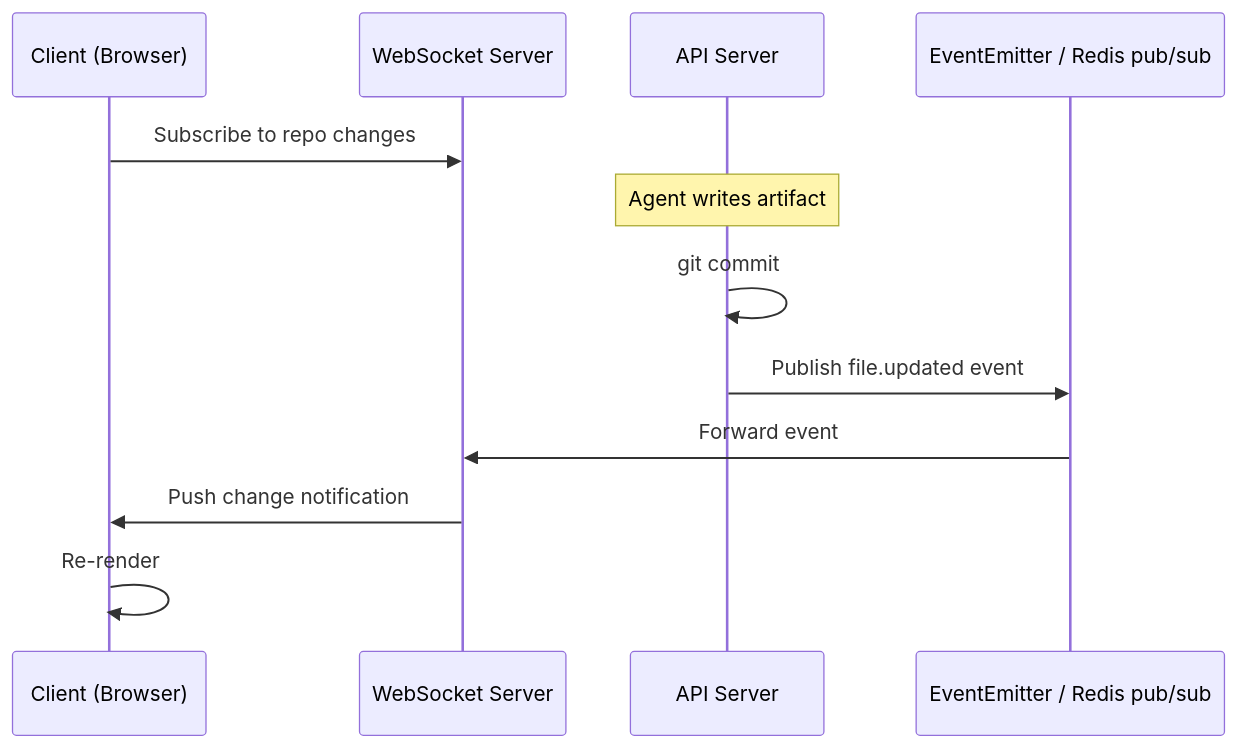
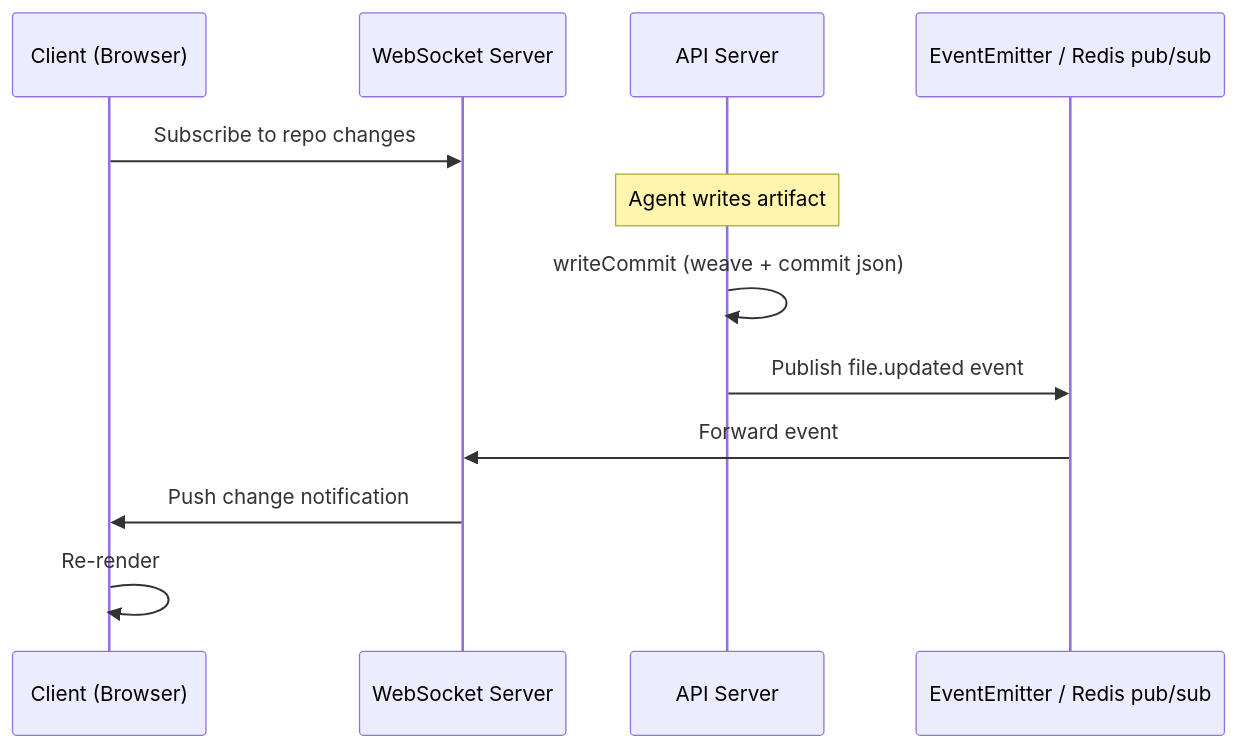
Before and after one commit to glance2life/openarti: the fourth of 11 diagrams in design.md, drawn with Mermaid. The commit also changed other lines of this file and 5 other files, not shown here.

````diff
--- a/design.md
+++ b/design.md
@@ -191,15 +191,15 @@
 ```mermaid
 sequenceDiagram
     participant C as Client (Browser)
     participant WS as WebSocket Server
     participant API as API Server
     participant EE as EventEmitter / Redis pub/sub
 
     C->>WS: Subscribe to repo changes
     Note over API: Agent writes artifact
-    API->>API: git commit
+    API->>API: writeCommit (weave + commit json)
     API->>EE: Publish file.updated event
     EE->>WS: Forward event
     WS->>C: Push change notification
     C->>C: Re-render
 ```
````
